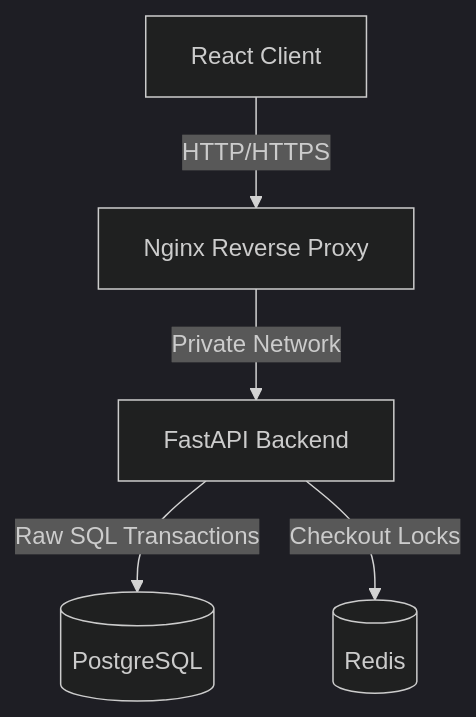
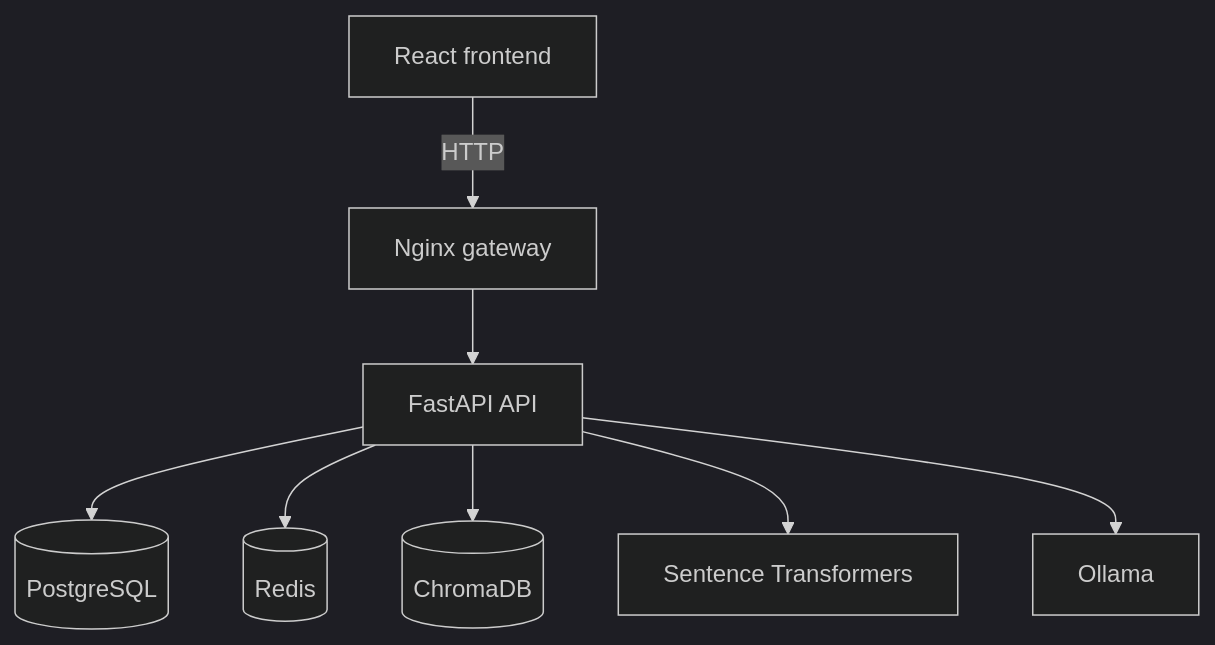
Before and after one commit to Amine-Elbekari/Booking-Platform: the diagram in README.md, drawn with Mermaid (dark theme). The commit also changed other lines of this file and 89 other files, not shown here.

````diff
--- a/README.md
+++ b/README.md
@@ -15,7 +7,10 @@
 ```mermaid
 graph TD
-    Client[React Client] -->|HTTP/HTTPS| Nginx[Nginx Reverse Proxy]
-    Nginx -->|Private Network| API[FastAPI Backend]
-    API -->|Raw SQL Transactions| DB[(PostgreSQL)]
-    API -->|Checkout Locks| Redis[(Redis)]
+        Client[React frontend] -->|HTTP| Nginx[Nginx gateway]
+        Nginx --> API[FastAPI API]
+        API --> DB[(PostgreSQL)]
+        API --> Redis[(Redis)]
+        API --> Chroma[(ChromaDB)]
+        API --> Embeddings[Sentence Transformers]
+        API --> Ollama[Ollama]
 ```
````
